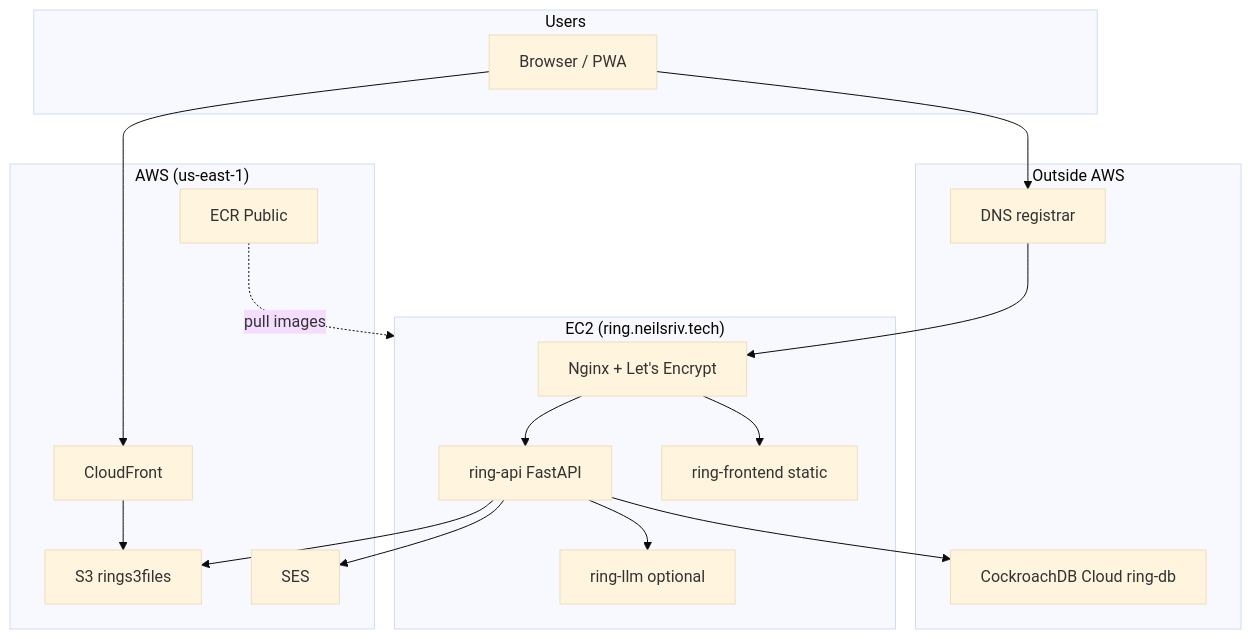
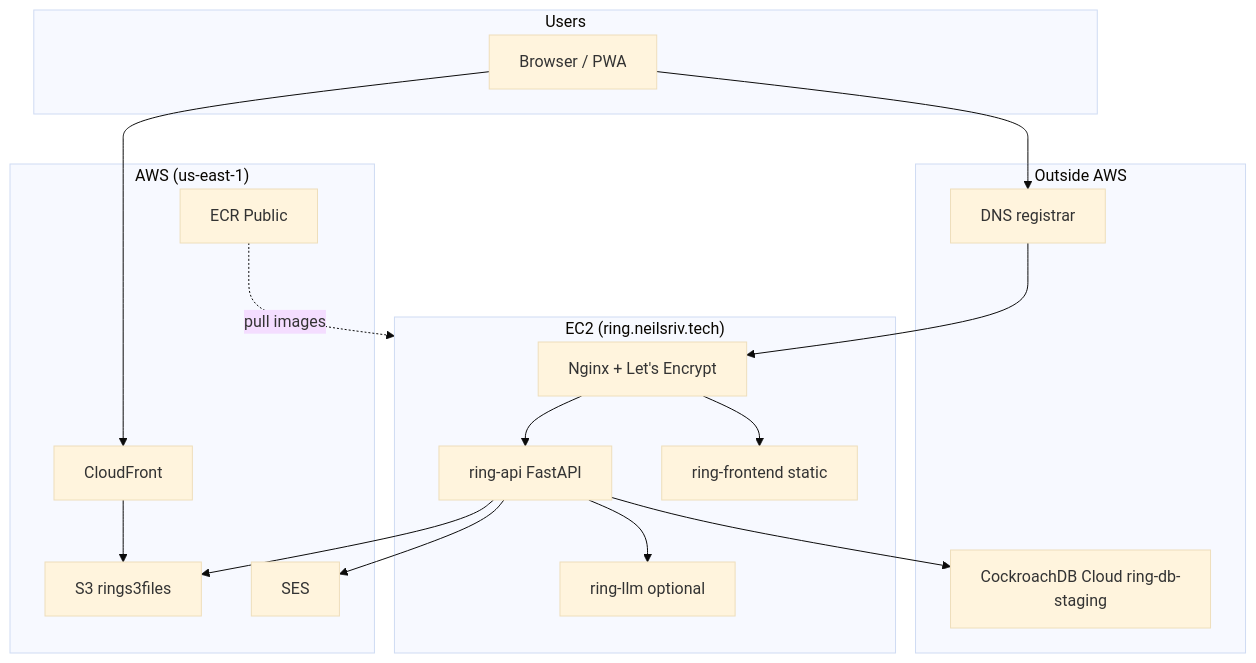
The diagram in docs/infrastructure.md (neil-sriv/ring), drawn with Mermaid (base theme) before and after one commit. The commit also changed other lines of this file and 6 other files, not shown here.

````diff
--- a/docs/infrastructure.md
+++ b/docs/infrastructure.md
@@ -18,36 +18,36 @@
 ```mermaid
 flowchart TB
     subgraph Users
         Browser[Browser / PWA]
     end
 
     subgraph EC2["EC2 (ring.neilsriv.tech)"]
         Nginx[Nginx + Let's Encrypt]
         API[ring-api FastAPI]
         FE[ring-frontend static]
         LLM[ring-llm optional]
     end
 
     subgraph AWS["AWS (us-east-1)"]
         ECR[ECR Public]
         S3[S3 rings3files]
         CF[CloudFront]
         SES[SES]
     end
 
     subgraph External["Outside AWS"]
-        CRDB[CockroachDB Cloud ring-db]
+        CRDB[CockroachDB Cloud ring-db-staging]
         DNS[DNS registrar]
     end
 
     Browser --> DNS --> Nginx
     Nginx --> FE
     Nginx --> API
     API --> CRDB
     API --> S3
     API --> SES
     API --> LLM
     Browser --> CF
     CF --> S3
     ECR -. pull images .-> EC2
 ```
````
